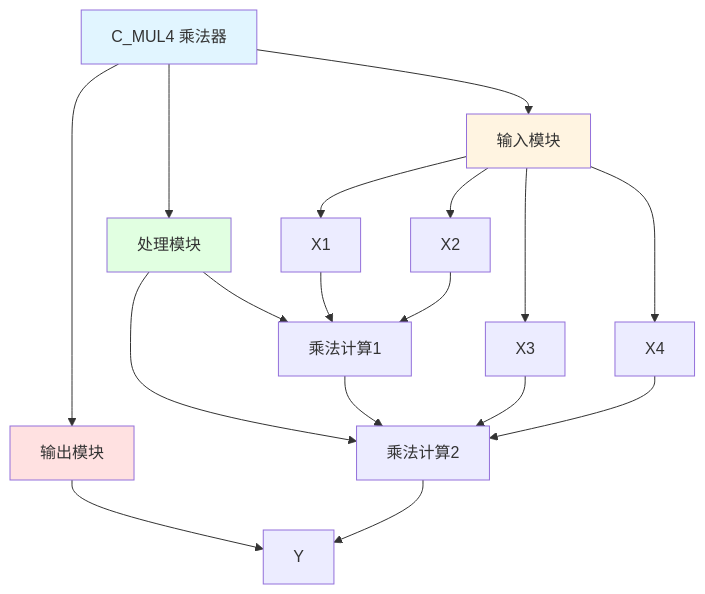
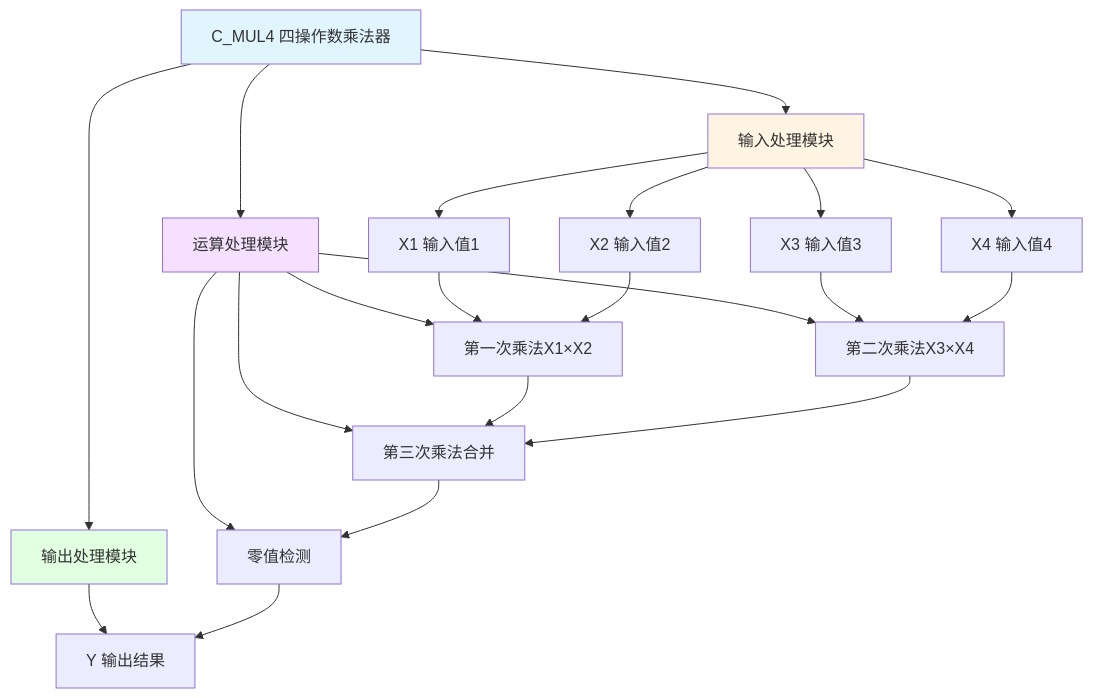
One commit to dlgt6/c changed the diagram in C_MUL4_分析报告.md. Above: the diagram before and after it, drawn with Mermaid. The commit also changed other lines of this file and 25 other files, not shown here.

````diff
--- a/C_MUL4_分析报告.md
+++ b/C_MUL4_分析报告.md
@@ -19,28 +30,32 @@
 ```mermaid
 graph TD
-    A[C_MUL4 乘法器] --> B[输入模块]
-    A --> C[处理模块]
-    A --> D[输出模块]
+    A[C_MUL4 四操作数乘法器] --> B[输入处理模块]
+    A --> C[运算处理模块]
+    A --> D[输出处理模块]
     
-    B --> B1[X1]
-    B --> B2[X2]
-    B --> B3[X3]
-    B --> B4[X4]
+    B --> B1[X1 输入值1]
+    B --> B2[X2 输入值2]
+    B --> B3[X3 输入值3]
+    B --> B4[X4 输入值4]
     
-    C --> C1[乘法计算1]
-    C --> C2[乘法计算2]
+    C --> C1[第一次乘法X1×X2]
+    C --> C2[第二次乘法X3×X4]
+    C --> C3[第三次乘法合并]
+    C --> C4[零值检测]
     
-    D --> D1[Y]
+    D --> D1[Y 输出结果]
     
     B1 --> C1
     B2 --> C1
-    C1 --> C2
     B3 --> C2
     B4 --> C2
-    C2 --> D1
+    C1 --> C3
+    C2 --> C3
+    C3 --> C4
+    C4 --> D1
     
     style A fill:#e1f5ff
     style B fill:#fff4e1
-    style C fill:#e1ffe1
-    style D fill:#ffe1e1
+    style C fill:#f5e1ff
+    style D fill:#e1ffe1
 ```
````
